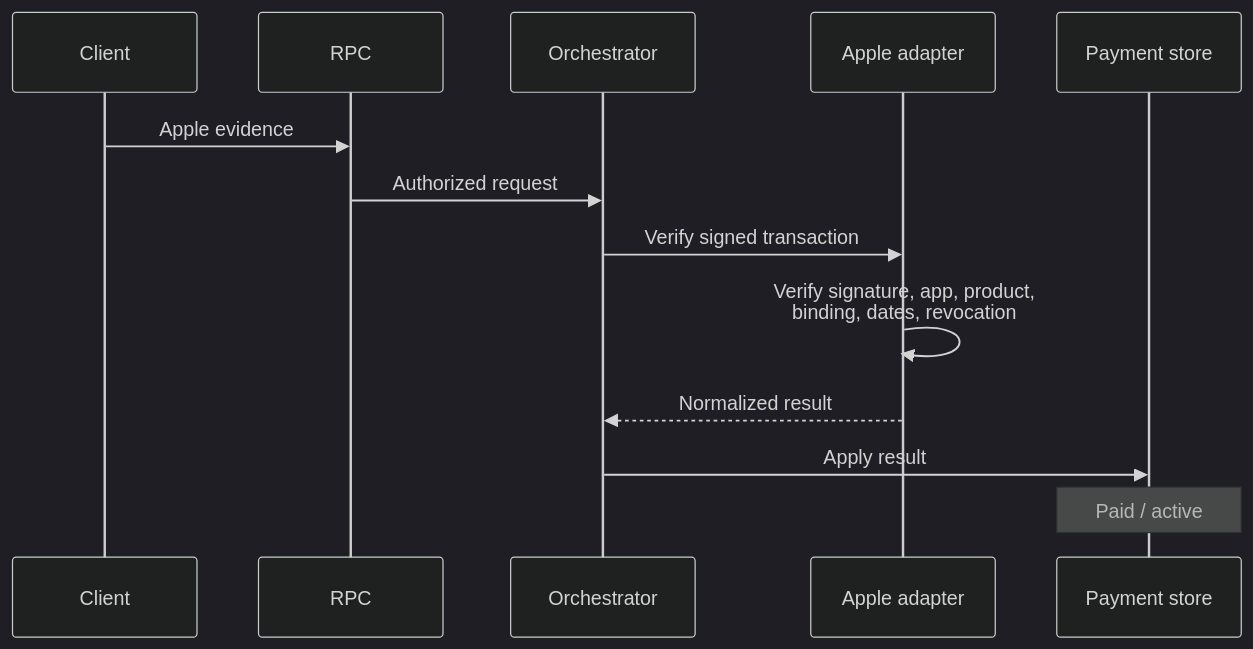
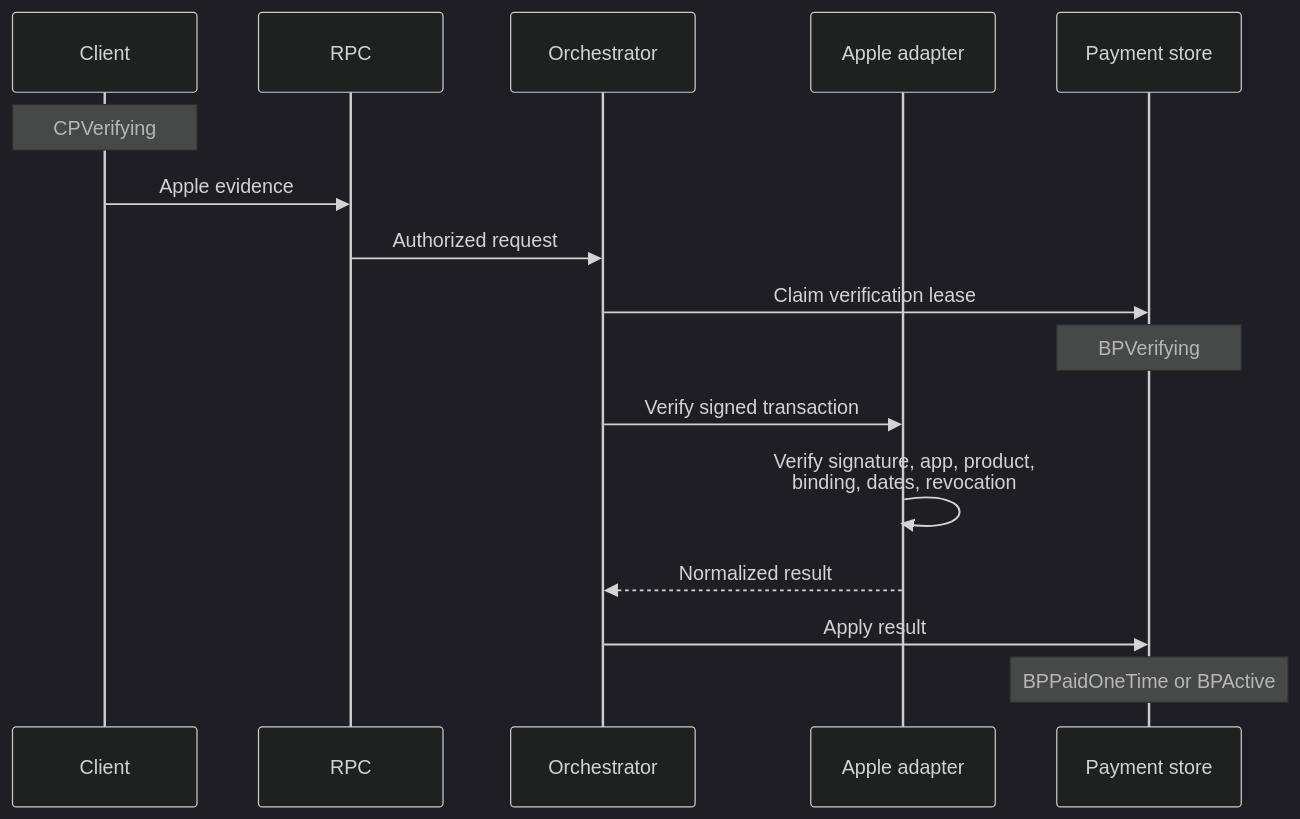
Before and after one commit to simplex-chat/simplex-chat: the third of 6 diagrams in plans/2026-07-20-supporter-badges-v2-implementation.md, drawn with Mermaid (dark theme). The commit also changed other lines of this file and 1 other file, not shown here.

````diff
--- a/plans/2026-07-20-supporter-badges-v2-implementation.md
+++ b/plans/2026-07-20-supporter-badges-v2-implementation.md
@@ -260,15 +271,18 @@
 ```mermaid
 sequenceDiagram
   participant C as Client
   participant RPC as RPC
   participant O as Orchestrator
   participant A as Apple adapter
   participant P as Payment store
+  Note over C: CPVerifying
   C->>RPC: Apple evidence
   RPC->>O: Authorized request
+  O->>P: Claim verification lease
+  Note over P: BPVerifying
   O->>A: Verify signed transaction
   A->>A: Verify signature, app, product,<br/>binding, dates, revocation
   A-->>O: Normalized result
   O->>P: Apply result
-  Note over P: Paid / active
+  Note over P: BPPaidOneTime or BPActive
 ```
````
